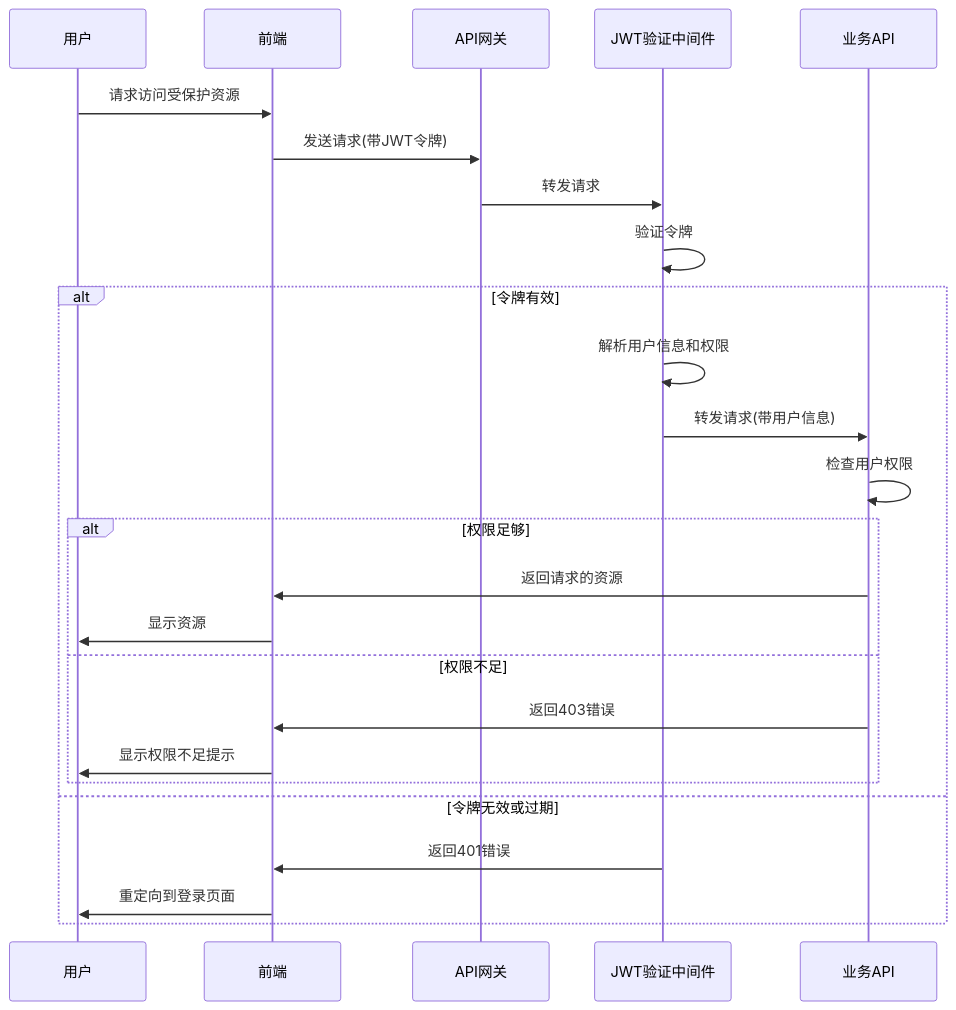
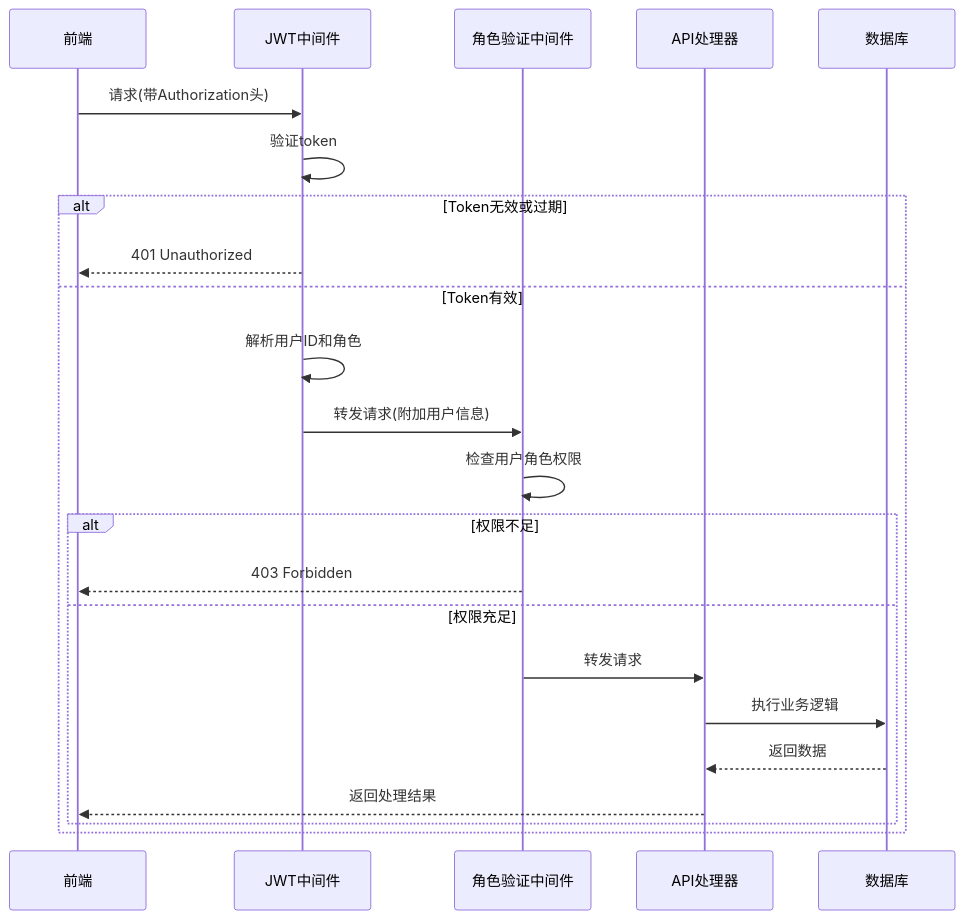
One commit to cyicz123/LinuxLearning changed the third of 15 diagrams in Doc/系统流程图.md. Above: the diagram before and after it, drawn with Mermaid. The commit also changed other lines of this file and 3 other files, not shown here.

````diff
--- a/Doc/系统流程图.md
+++ b/Doc/系统流程图.md
@@ -56,31 +96,28 @@
 ```mermaid
 sequenceDiagram
-    participant 用户
     participant 前端
-    participant API网关
-    participant JWT验证中间件
-    participant 业务API
+    participant JWT中间件
+    participant 角色验证中间件
+    participant API处理器
+    participant 数据库
     
-    用户->>前端: 请求访问受保护资源
-    前端->>API网关: 发送请求(带JWT令牌)
-    API网关->>JWT验证中间件: 转发请求
-    JWT验证中间件->>JWT验证中间件: 验证令牌
+    前端->>JWT中间件: 请求(带Authorization头)
+    JWT中间件->>JWT中间件: 验证token
     
-    alt 令牌有效
-        JWT验证中间件->>JWT验证中间件: 解析用户信息和权限
-        JWT验证中间件->>业务API: 转发请求(带用户信息)
-        业务API->>业务API: 检查用户权限
+    alt Token无效或过期
+        JWT中间件-->>前端: 401 Unauthorized
+    else Token有效
+        JWT中间件->>JWT中间件: 解析用户ID和角色
+        JWT中间件->>角色验证中间件: 转发请求(附加用户信息)
+        角色验证中间件->>角色验证中间件: 检查用户角色权限
         
-        alt 权限足够
-            业务API->>前端: 返回请求的资源
-            前端->>用户: 显示资源
-        else 权限不足
-            业务API->>前端: 返回403错误
-            前端->>用户: 显示权限不足提示
+        alt 权限不足
+            角色验证中间件-->>前端: 403 Forbidden
+        else 权限充足
+            角色验证中间件->>API处理器: 转发请求
+            API处理器->>数据库: 执行业务逻辑
+            数据库-->>API处理器: 返回数据
+            API处理器-->>前端: 返回处理结果
         end
-        
-    else 令牌无效或过期
-        JWT验证中间件->>前端: 返回401错误
-        前端->>用户: 重定向到登录页面
     end
 ```
````
